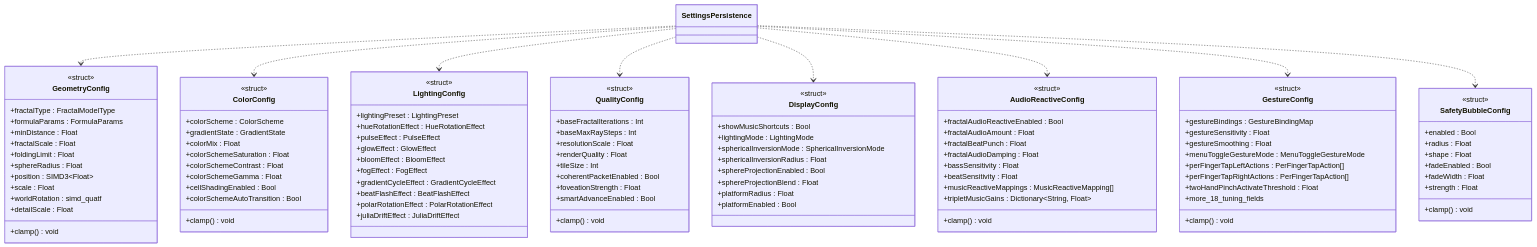
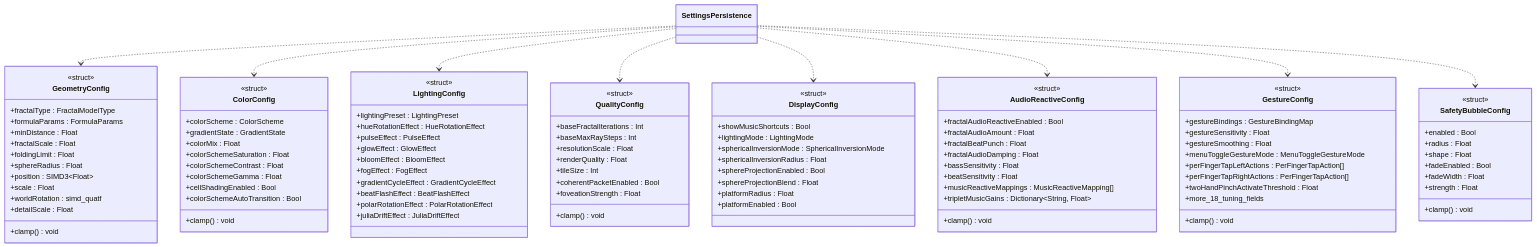
The fifth of 17 diagrams in Context/CLASS_DIAGRAM.md (Halopend/MetalRaymarch-main), drawn with Mermaid before and after one commit. The commit also changed other lines of this file and 195 other files, not shown here.

```diff
--- a/Context/CLASS_DIAGRAM.md
+++ b/Context/CLASS_DIAGRAM.md
@@ -405,7 +397,6 @@
         +tileSize : Int
         +coherentPacketEnabled : Bool
         +foveationStrength : Float
-        +smartAdvanceEnabled : Bool
         +clamp() void
     }
     class DisplayConfig {
```
